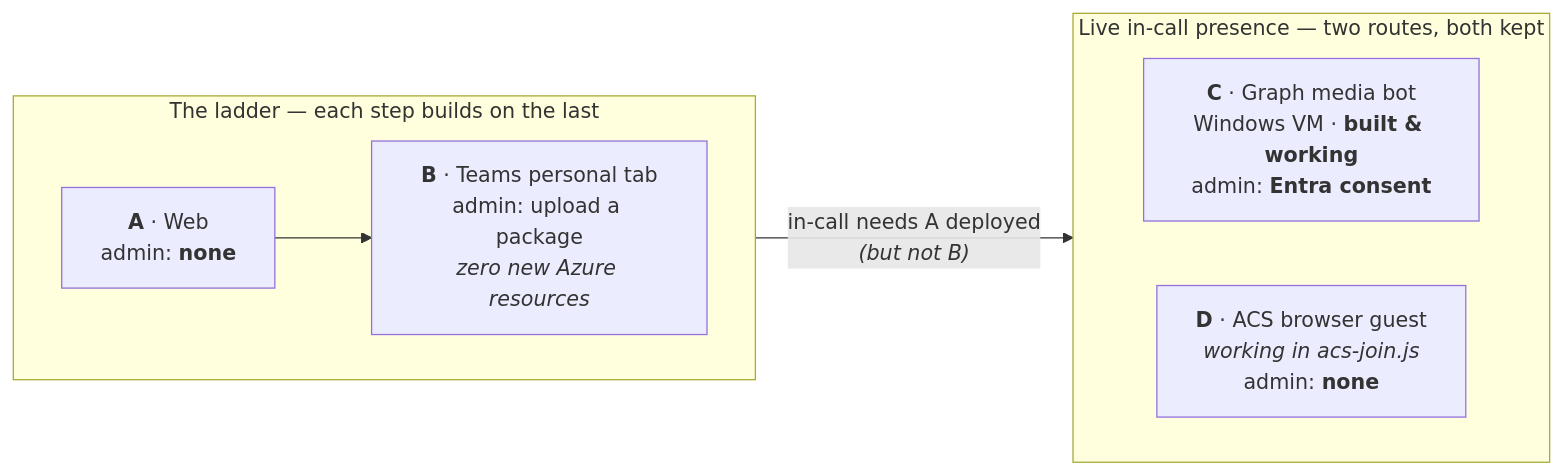
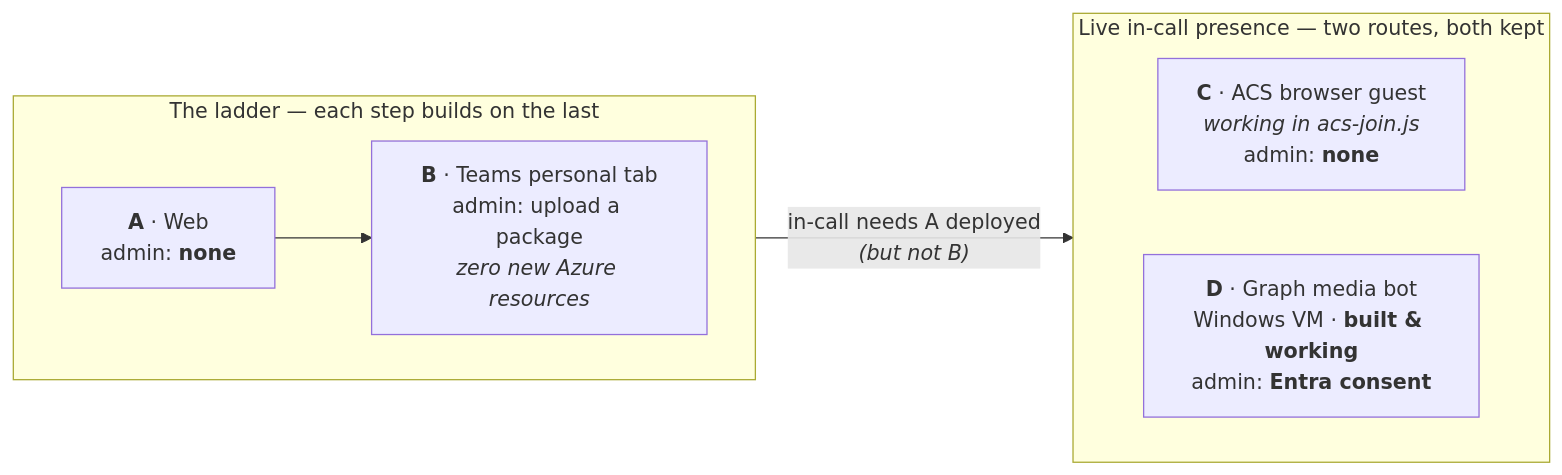
The diagram in docs/channels/README.md (SridharArrabelly/avatar-forge), drawn with Mermaid before and after one commit. The commit also changed other lines of this file and 54 other files, not shown here.

````diff
--- a/docs/channels/README.md
+++ b/docs/channels/README.md
@@ -53,17 +53,17 @@
 ```mermaid
 flowchart LR
     subgraph Ladder["The ladder — each step builds on the last"]
         direction LR
         A["<b>A</b> · Web<br/>admin: <b>none</b>"]
         B["<b>B</b> · Teams personal tab<br/>admin: upload a package<br/><i>zero new Azure resources</i>"]
         A --> B
     end
 
     subgraph Rivals["Live in-call presence — two routes, both kept"]
         direction LR
-        C["<b>C</b> · Graph media bot<br/>Windows VM · <b>built &amp; working</b><br/>admin: <b>Entra consent</b>"]
-        D["<b>D</b> · ACS browser guest<br/><i>working in acs-join.js</i><br/>admin: <b>none</b>"]
+        C["<b>C</b> · ACS browser guest<br/><i>working in acs-join.js</i><br/>admin: <b>none</b>"]
+        D["<b>D</b> · Graph media bot<br/>Windows VM · <b>built &amp; working</b><br/>admin: <b>Entra consent</b>"]
     end
 
     A -- "in-call needs A deployed<br/><i>(but not B)</i>" --> Rivals
 ```
````
